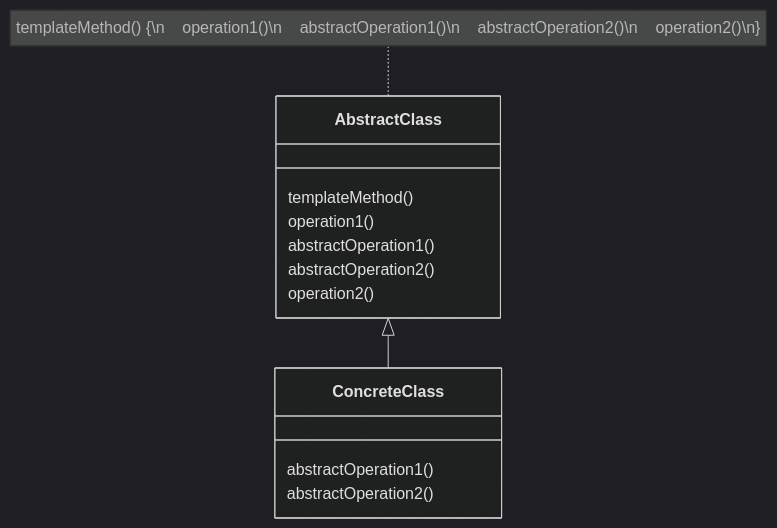
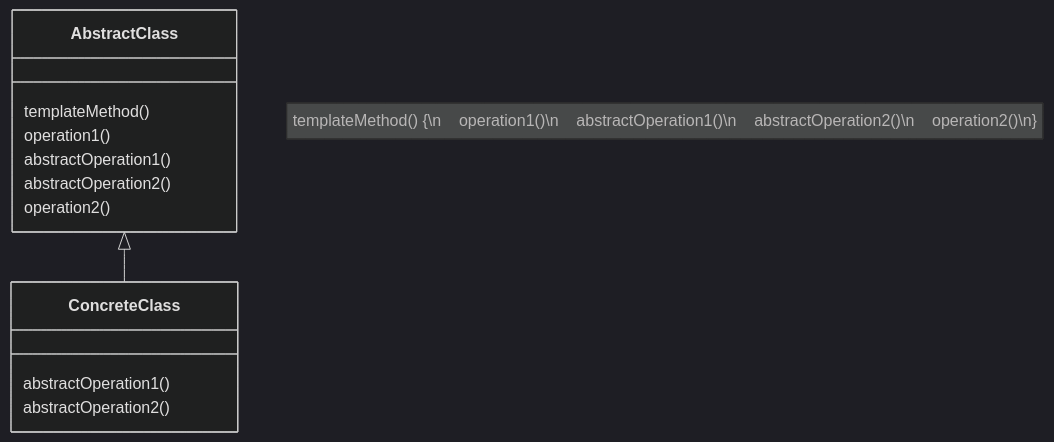
The diagram in src/templatePattern/README.md (striped-s0cks/design-patterns), drawn with Mermaid (dark theme) before and after one commit.

Commit message:
update diagram

````diff
--- a/src/templatePattern/README.md
+++ b/src/templatePattern/README.md
@@ -4,19 +4,19 @@
 ```mermaid
 classDiagram
     class AbstractClass {
         templateMethod()
         operation1()
         abstractOperation1()
         abstractOperation2()
         operation2()
     }
 
     class ConcreteClass {
         abstractOperation1()
         abstractOperation2()
     }
 
     AbstractClass <|-- ConcreteClass
 
-    note for AbstractClass "templateMethod() {\n&nbsp&nbsp&nbsp&nbspoperation1()\n&nbsp&nbsp&nbsp&nbspabstractOperation1()\n&nbsp&nbsp&nbsp&nbspabstractOperation2()\n&nbsp&nbsp&nbsp&nbspoperation2()\n}"
+    note for AbstractClass right "templateMethod() {\n&nbsp&nbsp&nbsp&nbspoperation1()\n&nbsp&nbsp&nbsp&nbspabstractOperation1()\n&nbsp&nbsp&nbsp&nbspabstractOperation2()\n&nbsp&nbsp&nbsp&nbspoperation2()\n}"
 ```
````
